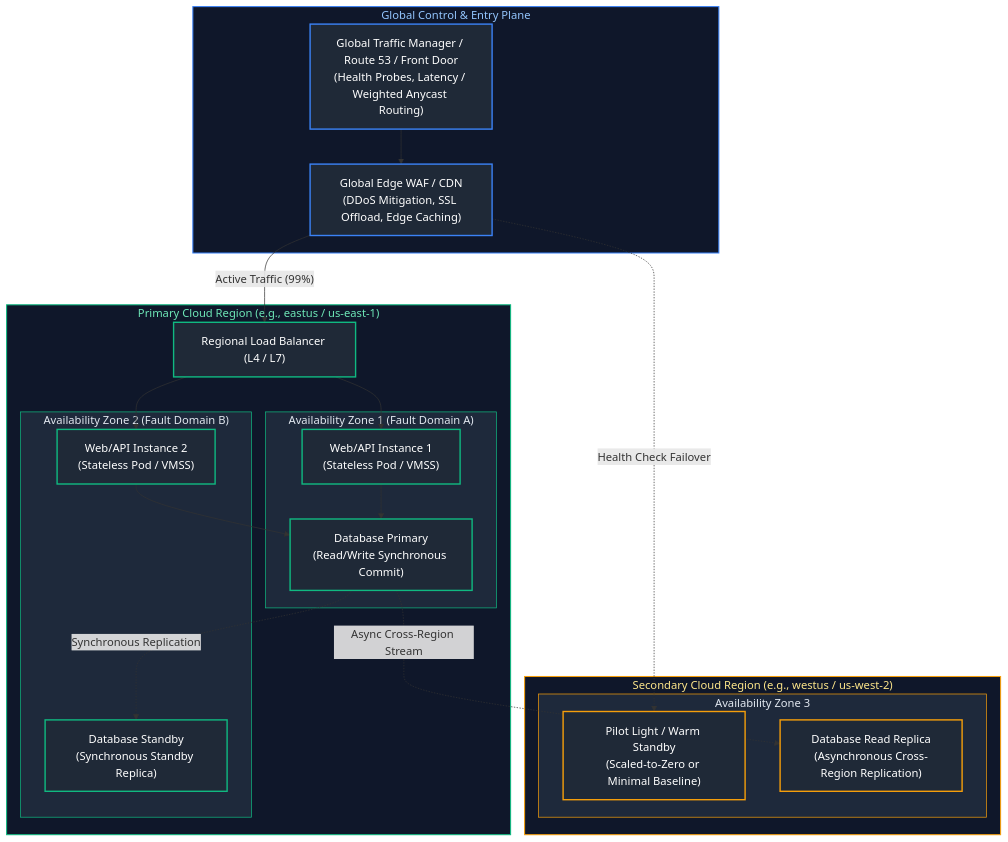
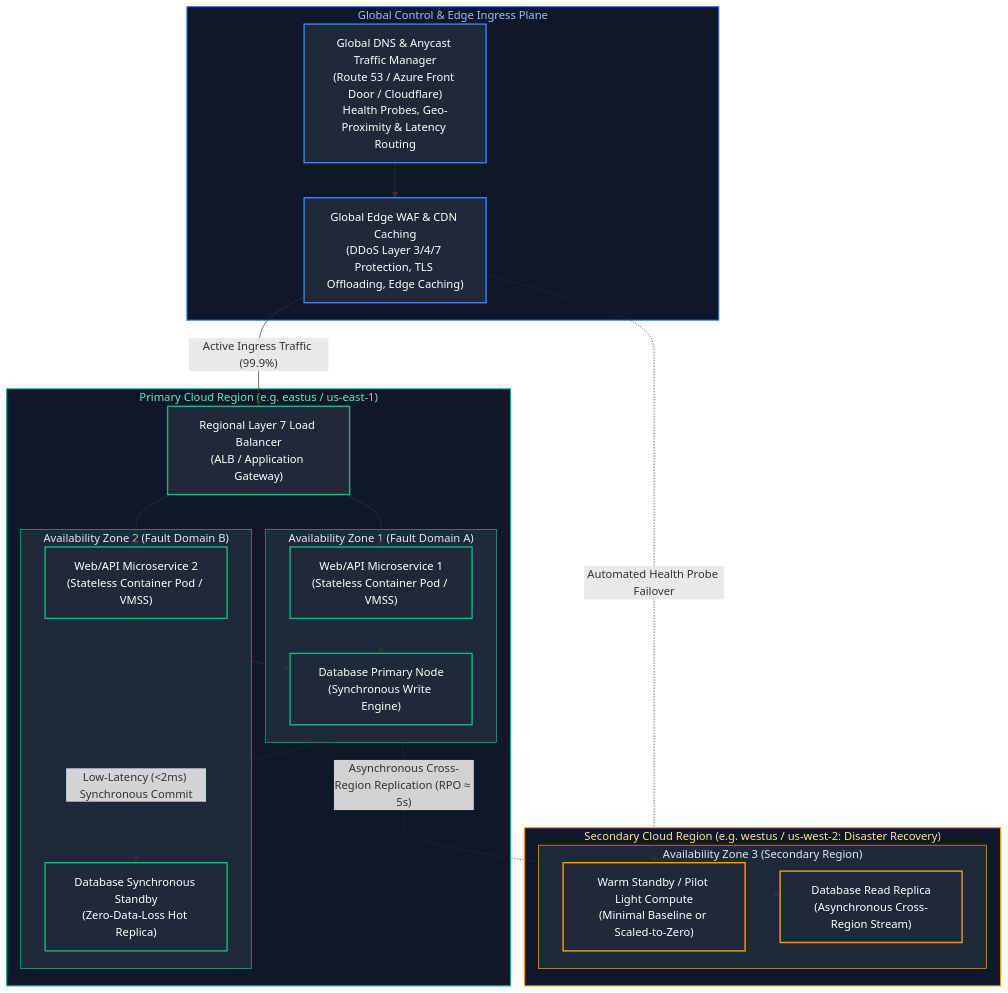
Before and after one commit to joydeep-biswas/Interview-Preparation: the first of 10 diagrams in Cloud Engineering/03_cloud_fundamentals_and_architecture.md, drawn with Mermaid. The commit also changed other lines of this file and 143 other files, not shown here.

````diff
--- a/Cloud Engineering/03_cloud_fundamentals_and_architecture.md
+++ b/Cloud Engineering/03_cloud_fundamentals_and_architecture.md
@@ -9,55 +11,55 @@
 ```mermaid
 flowchart TD
-    subgraph GlobalPlane ["Global Control & Entry Plane"]
-        DNS["Global Traffic Manager / Route 53 / Front Door<br/>(Health Probes, Latency / Weighted Anycast Routing)"]
-        WAF["Global Edge WAF / CDN<br/>(DDoS Mitigation, SSL Offload, Edge Caching)"]
+    subgraph GlobalPlane ["Global Control & Edge Ingress Plane"]
+        DNS["Global DNS & Anycast Traffic Manager<br/>(Route 53 / Azure Front Door / Cloudflare)<br/>Health Probes, Geo-Proximity & Latency Routing"]
+        WAF["Global Edge WAF & CDN Caching<br/>(DDoS Layer 3/4/7 Protection, TLS Offloading, Edge Caching)"]
         DNS --> WAF
     end
 
-    subgraph RegionPrimary ["Primary Cloud Region (e.g., eastus / us-east-1)"]
+    subgraph RegionPrimary ["Primary Cloud Region (e.g. eastus / us-east-1)"]
         subgraph AZ1 ["Availability Zone 1 (Fault Domain A)"]
-            App1["Web/API Instance 1<br/>(Stateless Pod / VMSS)"]
-            DB_Primary["Database Primary<br/>(Read/Write Synchronous Commit)"]
+            App1["Web/API Microservice 1<br/>(Stateless Container Pod / VMSS)"]
+            DB_Primary["Database Primary Node<br/>(Synchronous Write Engine)"]
         end
 
         subgraph AZ2 ["Availability Zone 2 (Fault Domain B)"]
-            App2["Web/API Instance 2<br/>(Stateless Pod / VMSS)"]
-            DB_Sync["Database Standby<br/>(Synchronous Standby Replica)"]
+            App2["Web/API Microservice 2<br/>(Stateless Container Pod / VMSS)"]
+            DB_Sync["Database Synchronous Standby<br/>(Zero-Data-Loss Hot Replica)"]
         end
 
-        RegionalLB["Regional Load Balancer (L4 / L7)"]
+        RegionalLB["Regional Layer 7 Load Balancer<br/>(ALB / Application Gateway)"]
         RegionalLB --> App1
         RegionalLB --> App2
         App1 --> DB_Primary
         App2 --> DB_Primary
-        DB_Primary -.->|"Synchronous Replication"| DB_Sync
+        DB_Primary -.->|"Low-Latency (<2ms) Synchronous Commit"| DB_Sync
     end
 
-    subgraph RegionSecondary ["Secondary Cloud Region (e.g., westus / us-west-2)"]
-        subgraph AZ3 ["Availability Zone 3"]
-            AppDR["Pilot Light / Warm Standby<br/>(Scaled-to-Zero or Minimal Baseline)"]
-            DB_Async["Database Read Replica<br/>(Asynchronous Cross-Region Replication)"]
+    subgraph RegionSecondary ["Secondary Cloud Region (e.g. westus / us-west-2: Disaster Recovery)"]
+        subgraph AZ3 ["Availability Zone 3 (Secondary Region)"]
+            AppDR["Warm Standby / Pilot Light Compute<br/>(Minimal Baseline or Scaled-to-Zero)"]
+            DB_Async["Database Read Replica<br/>(Asynchronous Cross-Region Stream)"]
         end
     end
 
-    WAF -->|"Active Traffic (99%)"| RegionalLB
-    WAF -.->|"Health Check Failover"| AppDR
-    DB_Primary -.->|"Async Cross-Region Stream"| DB_Async
+    WAF -->|"Active Ingress Traffic (99.9%)"| RegionalLB
+    WAF -.->|"Automated Health Probe Failover"| AppDR
+    DB_Primary -.->|"Asynchronous Cross-Region Replication (RPO &asymp; 5s)"| DB_Async
 
     style GlobalPlane fill:#0f172a,stroke:#3b82f6,stroke-width:1.5px,color:#93c5fd
     style RegionPrimary fill:#0f172a,stroke:#10b981,stroke-width:1.5px,color:#6ee7b7
     style RegionSecondary fill:#0f172a,stroke:#f59e0b,stroke-width:1.5px,color:#fde68a
     style AZ1 fill:#1e293b,stroke:#10b981,stroke-width:1px,color:#e2e8f0
     style AZ2 fill:#1e293b,stroke:#10b981,stroke-width:1px,color:#e2e8f0
     style AZ3 fill:#1e293b,stroke:#f59e0b,stroke-width:1px,color:#e2e8f0
 
     style DNS fill:#1f2937,stroke:#3b82f6,stroke-width:2px,color:#fff
     style WAF fill:#1f2937,stroke:#3b82f6,stroke-width:2px,color:#fff
     style RegionalLB fill:#1f2937,stroke:#10b981,stroke-width:2px,color:#fff
     style App1 fill:#1f2937,stroke:#10b981,stroke-width:2px,color:#fff
     style App2 fill:#1f2937,stroke:#10b981,stroke-width:2px,color:#fff
     style DB_Primary fill:#1f2937,stroke:#10b981,stroke-width:2px,color:#fff
     style DB_Sync fill:#1f2937,stroke:#10b981,stroke-width:2px,color:#fff
     style AppDR fill:#1f2937,stroke:#f59e0b,stroke-width:2px,color:#fff
     style DB_Async fill:#1f2937,stroke:#f59e0b,stroke-width:2px,color:#fff
 ```
````
